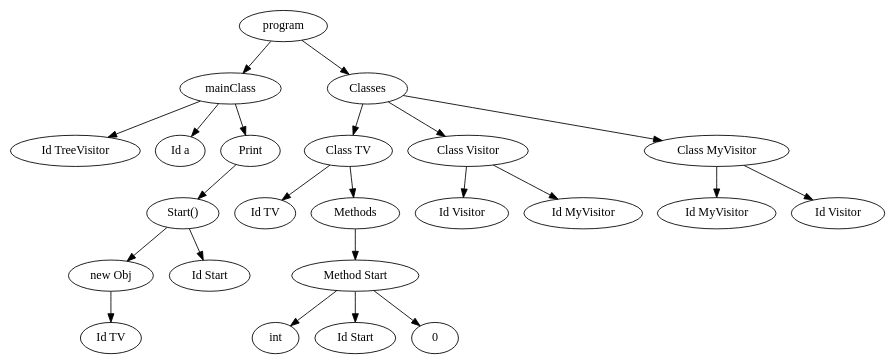
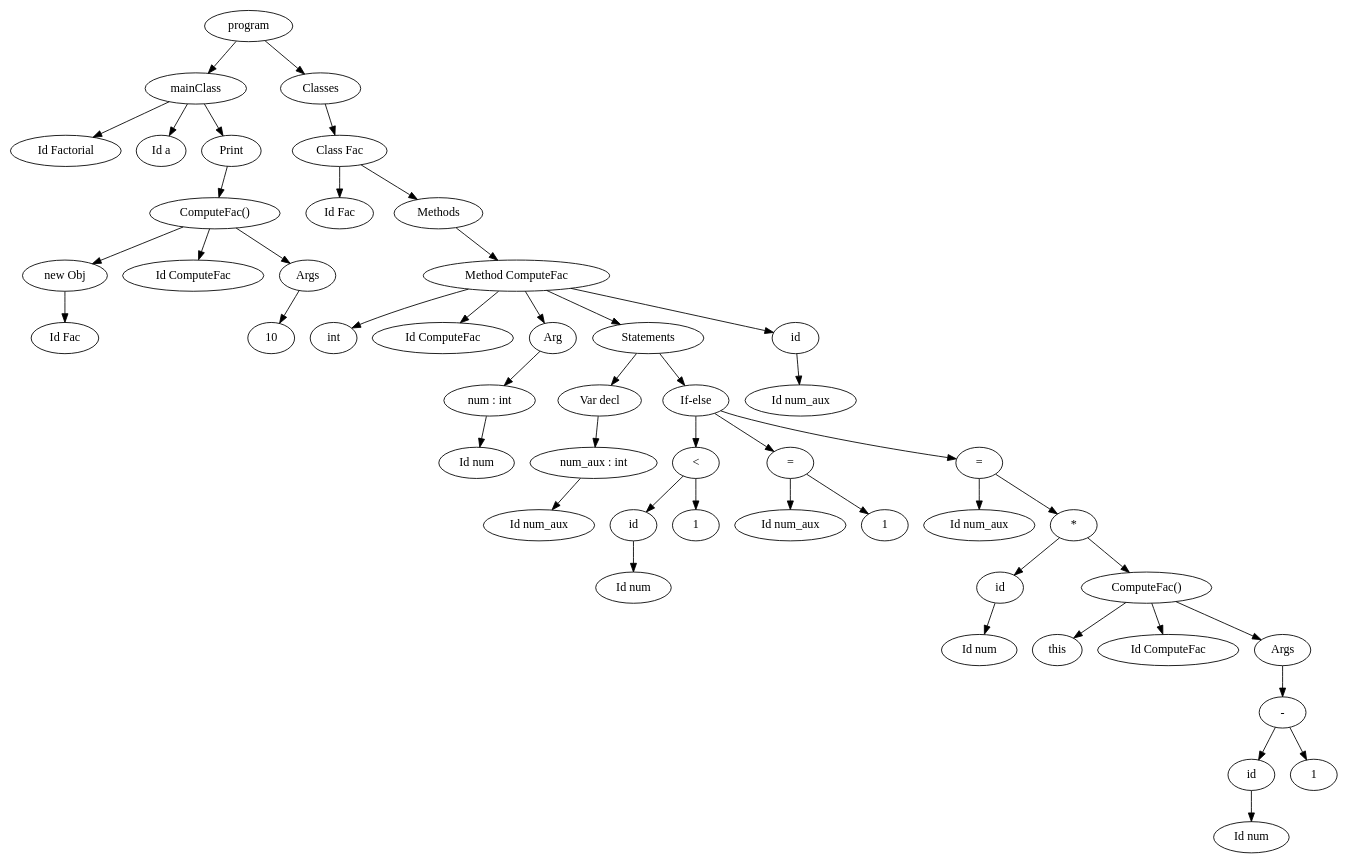
One commit to ksenull/MiniJavac changed the diagram in ast/graph.dot. Above: the diagram before and after it, drawn with Graphviz. The commit also changed 11 other files, not shown here.

```diff
--- a/ast/graph.dot
+++ b/ast/graph.dot
@@ -1,37 +1,70 @@
 digraph G {
-program -> mainClass -> id_600063190;
-id_600063190[label="Id TreeVisitor"];
-mainClass -> id_6000631b0;
-id_6000631b0[label="Id a"];
-mainClass -> print_600063160 -> call_600063120 -> new_obj_600063060 -> id_600063040;
-id_600063040[label="Id TV"];
-new_obj_600063060[label="new Obj"];
-call_600063120 -> id_600063100;
-id_600063100[label="Id Start"];
-call_600063120[label="Start()"];
-print_600063160[label="Print"];
-program -> classes_600063210 -> class_6000634c0 -> id_6000634a0;
-id_6000634a0[label="Id TV"];
-class_6000634c0 -> methods__6000632c0 -> method_600063430 -> int_600063330;
-int_600063330[label="int"];
-method_600063430 -> id_600063410;
-id_600063410[label="Id Start"];
-method_600063430 -> const_6000633e0;
-const_6000633e0[label="0"];
-method_600063430[label="Method Start"];
-methods__6000632c0[label="Methods"];
-class_6000634c0[label="Class TV"];
-classes_600063210[label="Classes"];
-classes_600063210 -> class_600063640 -> id_600063600;
-id_600063600[label="Id Visitor"];
-class_600063640 -> id_600063620;
-id_600063620[label="Id MyVisitor"];
-class_600063640[label="Class Visitor"];
-classes_600063210[label="Classes"];
-classes_600063210 -> class_6000637a0 -> id_600063500;
-id_600063500[label="Id MyVisitor"];
-class_6000637a0 -> id_600063780;
-id_600063780[label="Id Visitor"];
-class_6000637a0[label="Class MyVisitor"];
-classes_600063210[label="Classes"];
+program -> mainClass -> id_600063280;
+id_600063280[label="Id Factorial"];
+mainClass -> id_600063260;
+id_600063260[label="Id a"];
+mainClass -> print_600063220 -> call_6000631c0 -> new_obj_600063080 -> id_600063060;
+id_600063060[label="Id Fac"];
+new_obj_600063080[label="new Obj"];
+call_6000631c0 -> id_6000631a0;
+id_6000631a0[label="Id ComputeFac"];
+call_6000631c0 -> args_600063150 -> const_6000630f0;
+const_6000630f0[label="10"];
+args_600063150[label="Args"];
+call_6000631c0[label="ComputeFac()"];
+print_600063220[label="Print"];
+program -> classes_600063300 -> class_600064050 -> id_600064030;
+id_600064030[label="Id Fac"];
+class_600064050 -> methods__6000633d0 -> method_600063f90 -> int_600063450;
+int_600063450[label="int"];
+method_600063f90 -> id_600063f70;
+id_600063f70[label="Id ComputeFac"];
+method_600063f90 -> args_decls_6000635b0 -> var_600063540 -> id_600063520;
+id_600063520[label="Id num"];
+var_600063540[label="num : int"];
+args_decls_6000635b0[label="Arg"];
+method_600063f90 -> stms_600063600 -> var_stm_600063740 -> var_6000636f0 -> id_6000636d0;
+id_6000636d0[label="Id num_aux"];
+var_6000636f0[label="num_aux : int"];
+var_stm_600063740[label="Var decl"];
+stms_600063600[label="Statements"];
+stms_600063600 -> if_600063e60 -> Less_600063880 -> id_exp_6000637f0 -> id_6000637d0;
+id_6000637d0[label="Id num"];
+id_exp_6000637f0[label="id"];
+Less_600063880 -> const_600063840;
+const_600063840[label="1"];
+Less_600063880[label="<"];
+if_600063e60 -> assign__600063970 -> id_600063950;
+id_600063950[label="Id num_aux"];
+assign__600063970 -> const_600063910;
+const_600063910[label="1"];
+assign__600063970[label="="];
+if_600063e60 -> assign__600063e10 -> id_600063df0;
+id_600063df0[label="Id num_aux"];
+assign__600063e10 -> Multiply_600063d90 -> id_exp_600063a40 -> id_600063a20;
+id_600063a20[label="Id num"];
+id_exp_600063a40[label="id"];
+Multiply_600063d90 -> call_600063d30 -> id_exp_600063ae0;
+id_exp_600063ae0[label="this"];
+call_600063d30 -> id_600063d10;
+id_600063d10[label="Id ComputeFac"];
+call_600063d30 -> args_600063cc0 -> Minus_600063c40 -> id_exp_600063bb0 -> id_600063b90;
+id_600063b90[label="Id num"];
+id_exp_600063bb0[label="id"];
+Minus_600063c40 -> const_600063c00;
+const_600063c00[label="1"];
+Minus_600063c40[label="-"];
+args_600063cc0[label="Args"];
+call_600063d30[label="ComputeFac()"];
+Multiply_600063d90[label="*"];
+assign__600063e10[label="="];
+if_600063e60[label="If-else"];
+stms_600063600[label="Statements"];
+method_600063f90 -> id_exp_600063f20 -> id_600063780;
+id_600063780[label="Id num_aux"];
+id_exp_600063f20[label="id"];
+method_600063f90[label="Method ComputeFac"];
+methods__6000633d0[label="Methods"];
+class_600064050[label="Class Fac"];
+classes_600063300[label="Classes"];
 }
```
